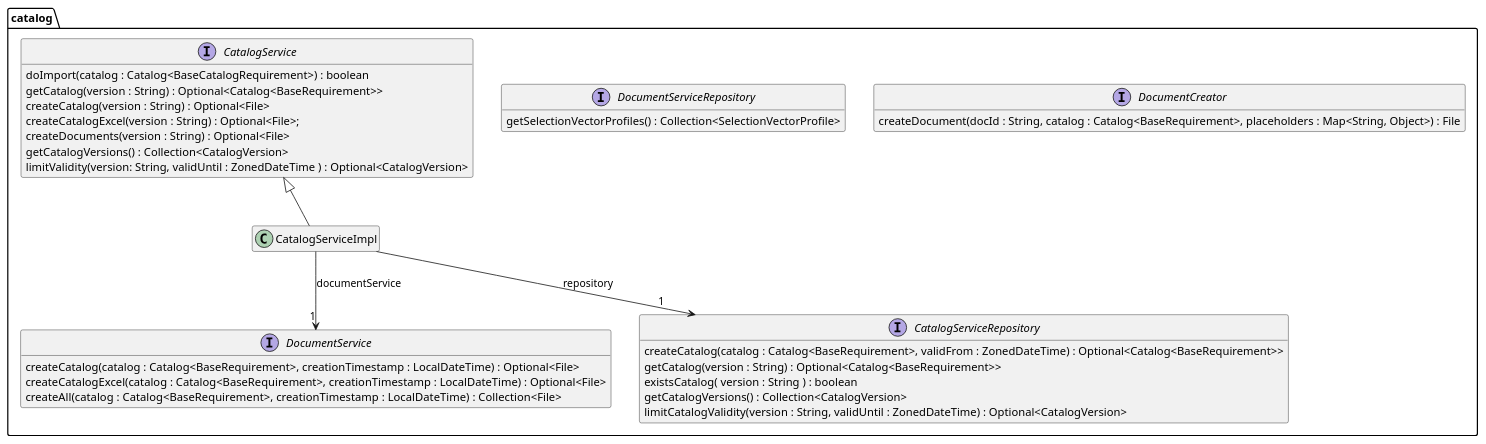
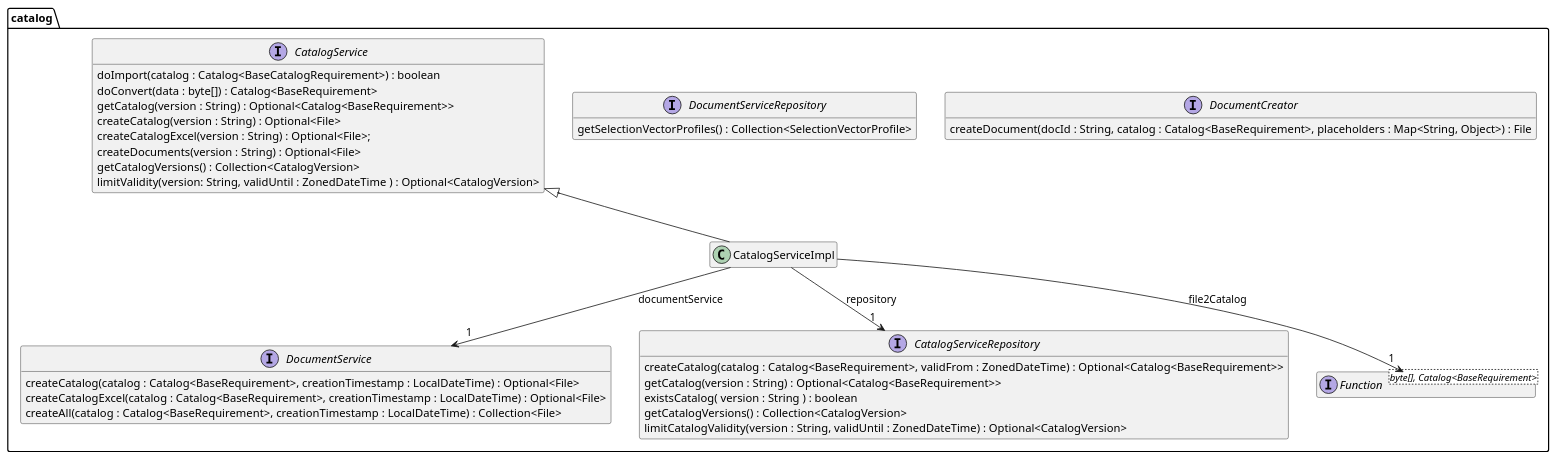
The diagram in src/site/arc42/plantuml/core/catalog/Ebene3.plantuml (tailoringexpert/platform), drawn with PlantUML before and after one commit. The commit also changed 34 other files, not shown here.

```diff
--- a/src/site/arc42/plantuml/core/catalog/Ebene3.plantuml
+++ b/src/site/arc42/plantuml/core/catalog/Ebene3.plantuml
@@ -1,45 +1,52 @@
 @startuml Ebene3.png
 hide empty members
 
 package catalog {
 
     interface DocumentCreator {
         createDocument(docId : String, catalog : Catalog<BaseRequirement>, placeholders : Map<String, Object>) : File
     }
 
     interface DocumentService {
         createCatalog(catalog : Catalog<BaseRequirement>, creationTimestamp : LocalDateTime) : Optional<File>
         createCatalogExcel(catalog : Catalog<BaseRequirement>, creationTimestamp : LocalDateTime) : Optional<File>
         createAll(catalog : Catalog<BaseRequirement>,  creationTimestamp : LocalDateTime) : Collection<File>
     }
 
     interface DocumentServiceRepository {
         getSelectionVectorProfiles() : Collection<SelectionVectorProfile>
     }
 
     interface CatalogService {
         doImport(catalog : Catalog<BaseCatalogRequirement>) : boolean
+        doConvert(data : byte[]) : Catalog<BaseRequirement>
         getCatalog(version : String) : Optional<Catalog<BaseRequirement>>
         createCatalog(version : String) : Optional<File>
         createCatalogExcel(version : String) : Optional<File>;
         createDocuments(version : String) : Optional<File>
         getCatalogVersions() : Collection<CatalogVersion>
         limitValidity(version: String, validUntil : ZonedDateTime ) : Optional<CatalogVersion>
     }
 
     interface CatalogServiceRepository {
         createCatalog(catalog : Catalog<BaseRequirement>, validFrom : ZonedDateTime) : Optional<Catalog<BaseRequirement>>
         getCatalog(version : String) : Optional<Catalog<BaseRequirement>>
         existsCatalog( version : String ) : boolean
         getCatalogVersions() : Collection<CatalogVersion>
         limitCatalogValidity(version : String, validUntil : ZonedDateTime) : Optional<CatalogVersion>
     }
 
     class CatalogServiceImpl {
     }
     CatalogService <|-- CatalogServiceImpl
     CatalogServiceImpl --> "1" CatalogServiceRepository : repository
     CatalogServiceImpl --> "1" DocumentService : documentService
+    CatalogServiceImpl --> "1" file2Catalog : file2Catalog
+
+    interface "Function<byte[], Catalog<BaseRequirement>>" as file2Catalog {
+    }
 
 }
+
+
 @enduml
```
